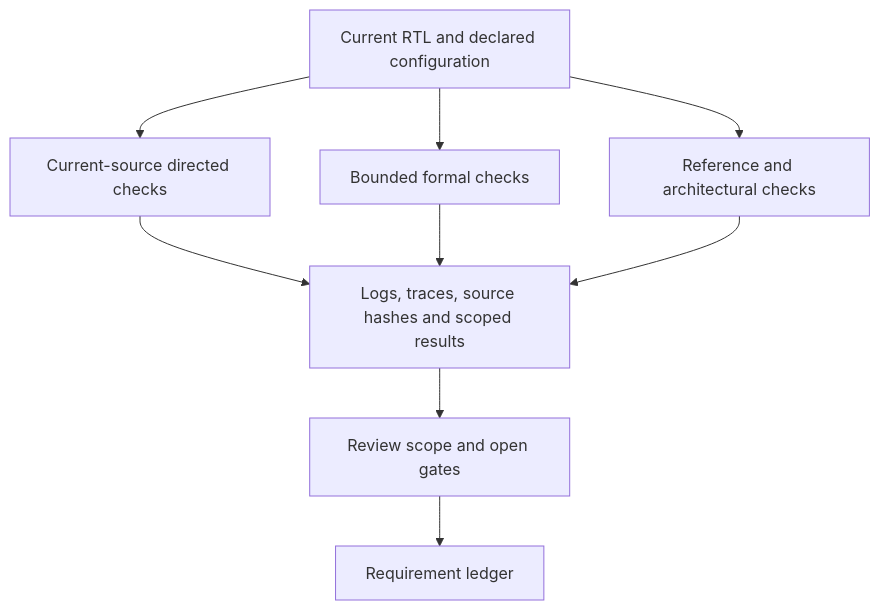
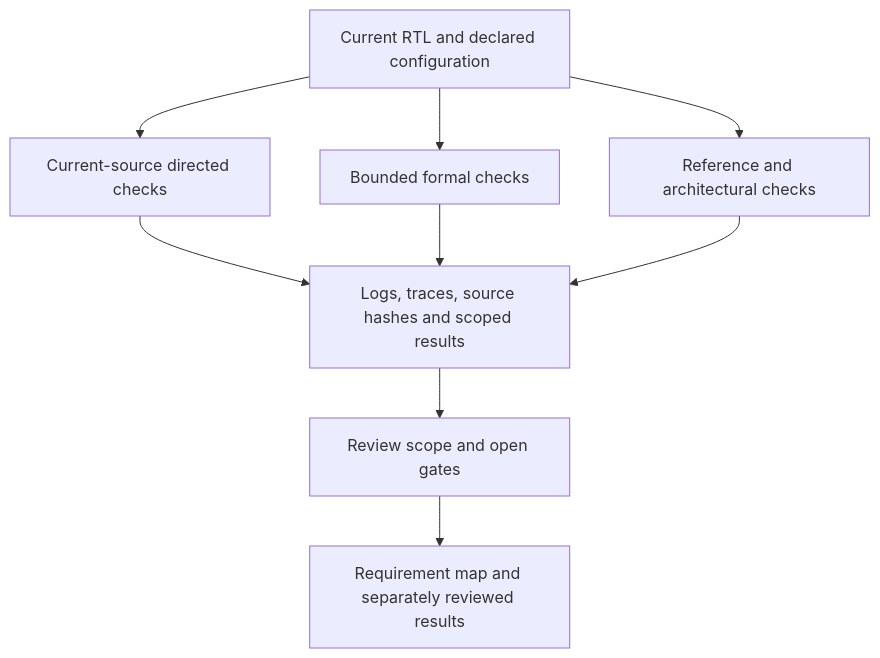
Before and after one commit to baolgn/microcontroller: the diagram in microcontroller/verification/README.md, drawn with Mermaid. The commit also changed other lines of this file and 31 other files, not shown here.

````diff
--- a/microcontroller/verification/README.md
+++ b/microcontroller/verification/README.md
@@ -48,11 +48,11 @@
 ```mermaid
 flowchart TD
   S[Current RTL and declared configuration] --> D[Current-source directed checks]
   S --> F[Bounded formal checks]
   S --> R[Reference and architectural checks]
   D --> E[Logs, traces, source hashes and scoped results]
   F --> E
   R --> E
   E --> Q[Review scope and open gates]
-  Q --> L[Requirement ledger]
+  Q --> L[Requirement map and separately reviewed results]
 ```
````
